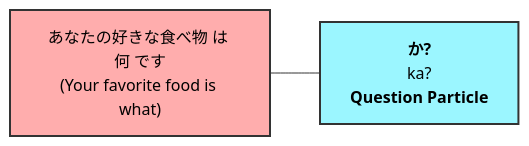
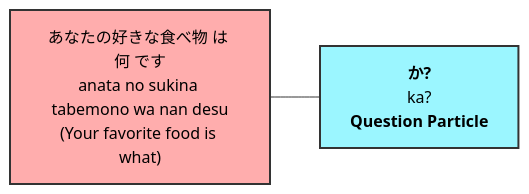
The ninth of 12 diagrams in grammar/grammar-solutions.md (shainsethi/n5), drawn with Mermaid before and after one commit. The commit also changed other lines of this file and 1 other file, not shown here.

Commit message:
feat: add N5 grammar reference and practice solution files with Mermaid diagrams

````diff
--- a/grammar/grammar-solutions.md
+++ b/grammar/grammar-solutions.md
@@ -130,6 +130,6 @@
 ```mermaid
 graph LR
-    Aff["あなたの好きな食べ物 は 何 です<br/>(Your favorite food is what)"] --- Q["<b>か?</b><br/>ka?<br/><b>Question Particle</b>"]
+    Aff["あなたの好きな食べ物 は 何 です<br/>anata no sukina tabemono wa nan desu<br/>(Your favorite food is what)"] --- Q["<b>か?</b><br/>ka?<br/><b>Question Particle</b>"]
     style Aff fill:#ffadad,stroke:#333,stroke-width:2px,color:#000
     style Q fill:#9bf6ff,stroke:#333,stroke-width:2px,color:#000
 ```
````
